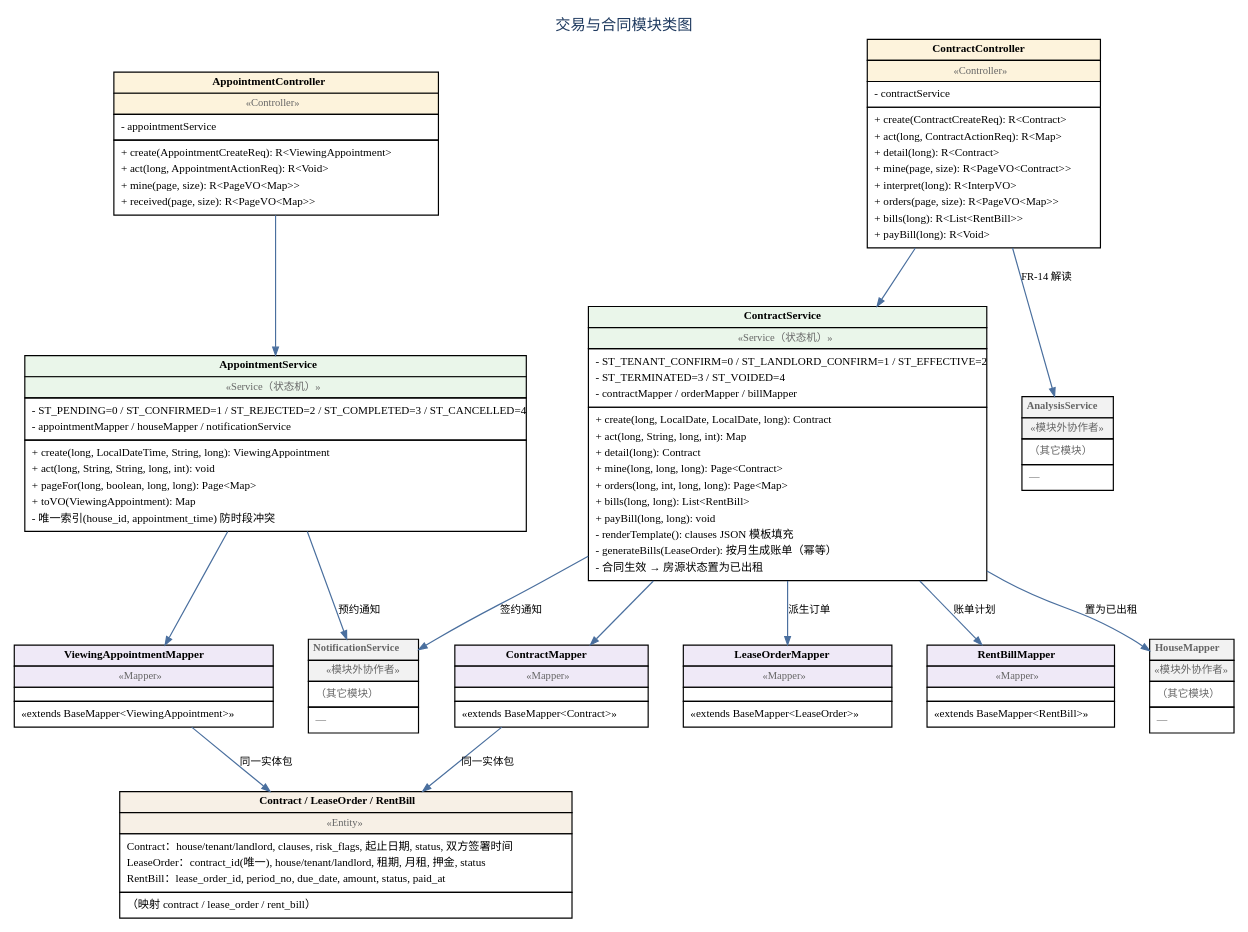
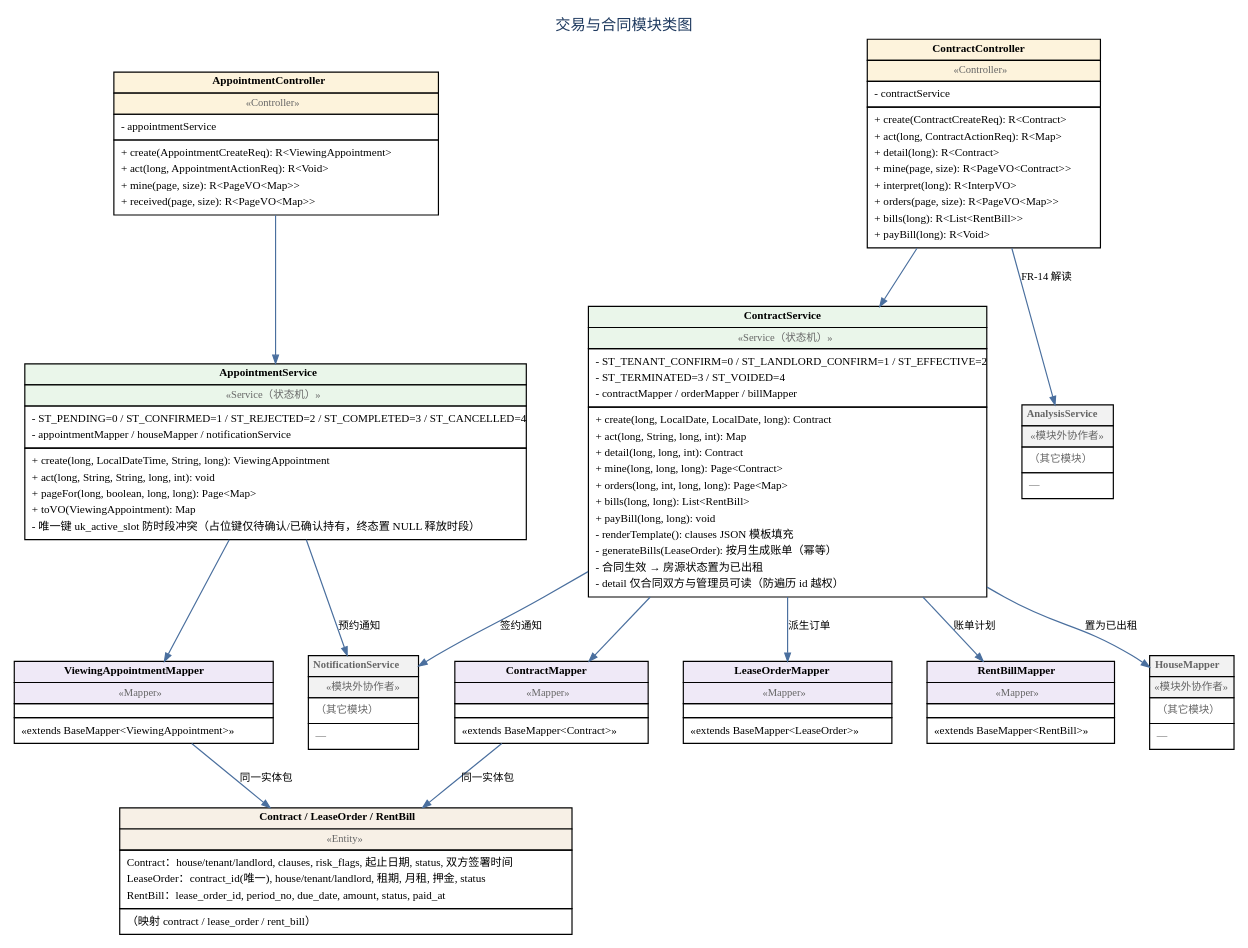
Before and after one commit to chuanshanjia666/RentAgent: the diagram in doc/03.概要设计/assets/figures/fig_3_1_cls_trade.dot, drawn with Graphviz. The commit also changed 16 other files, not shown here.

```diff
--- a/doc/03.概要设计/assets/figures/fig_3_1_cls_trade.dot
+++ b/doc/03.概要设计/assets/figures/fig_3_1_cls_trade.dot
@@ -1,32 +1,32 @@
 digraph cls_trade {
   rankdir=TB; nodesep=0.42; ranksep=0.55; splines=spline;
   graph [fontname="Microsoft YaHei", bgcolor="white", margin=0.15, labelloc="t",
          label="交易与合同模块类图", fontsize=13, fontcolor="#1f3a5f"];
   node  [fontname="Microsoft YaHei", fontsize=9.5, shape=plaintext, margin=0];
   edge  [fontname="Microsoft YaHei", fontsize=9, color="#4a6f9e", penwidth=1.0,
          arrowsize=0.7, style=solid];
   n0 [shape=plaintext, label=<<TABLE BORDER="0" CELLBORDER="1" CELLSPACING="0" CELLPADDING="3"><TR><TD BGCOLOR="#fdf3dc"><B>AppointmentController</B></TD></TR><TR><TD BGCOLOR="#fdf3dc"><FONT POINT-SIZE="9" COLOR="#666666">&#171;Controller&#187;</FONT></TD></TR><TR><TD ALIGN="LEFT" BALIGN="LEFT"><TABLE BORDER="0" CELLBORDER="0" CELLSPACING="0"><TR><TD ALIGN="LEFT" BALIGN="LEFT">- appointmentService</TD></TR></TABLE></TD></TR><TR><TD ALIGN="LEFT" BALIGN="LEFT"><TABLE BORDER="0" CELLBORDER="0" CELLSPACING="0"><TR><TD ALIGN="LEFT" BALIGN="LEFT">+ create(AppointmentCreateReq): R&lt;ViewingAppointment&gt;</TD></TR><TR><TD ALIGN="LEFT" BALIGN="LEFT">+ act(long, AppointmentActionReq): R&lt;Void&gt;</TD></TR><TR><TD ALIGN="LEFT" BALIGN="LEFT">+ mine(page, size): R&lt;PageVO&lt;Map&gt;&gt;</TD></TR><TR><TD ALIGN="LEFT" BALIGN="LEFT">+ received(page, size): R&lt;PageVO&lt;Map&gt;&gt;</TD></TR></TABLE></TD></TR></TABLE>>];
   n1 [shape=plaintext, label=<<TABLE BORDER="0" CELLBORDER="1" CELLSPACING="0" CELLPADDING="3"><TR><TD BGCOLOR="#fdf3dc"><B>ContractController</B></TD></TR><TR><TD BGCOLOR="#fdf3dc"><FONT POINT-SIZE="9" COLOR="#666666">&#171;Controller&#187;</FONT></TD></TR><TR><TD ALIGN="LEFT" BALIGN="LEFT"><TABLE BORDER="0" CELLBORDER="0" CELLSPACING="0"><TR><TD ALIGN="LEFT" BALIGN="LEFT">- contractService</TD></TR></TABLE></TD></TR><TR><TD ALIGN="LEFT" BALIGN="LEFT"><TABLE BORDER="0" CELLBORDER="0" CELLSPACING="0"><TR><TD ALIGN="LEFT" BALIGN="LEFT">+ create(ContractCreateReq): R&lt;Contract&gt;</TD></TR><TR><TD ALIGN="LEFT" BALIGN="LEFT">+ act(long, ContractActionReq): R&lt;Map&gt;</TD></TR><TR><TD ALIGN="LEFT" BALIGN="LEFT">+ detail(long): R&lt;Contract&gt;</TD></TR><TR><TD ALIGN="LEFT" BALIGN="LEFT">+ mine(page, size): R&lt;PageVO&lt;Contract&gt;&gt;</TD></TR><TR><TD ALIGN="LEFT" BALIGN="LEFT">+ interpret(long): R&lt;InterpVO&gt;</TD></TR><TR><TD ALIGN="LEFT" BALIGN="LEFT">+ orders(page, size): R&lt;PageVO&lt;Map&gt;&gt;</TD></TR><TR><TD ALIGN="LEFT" BALIGN="LEFT">+ bills(long): R&lt;List&lt;RentBill&gt;&gt;</TD></TR><TR><TD ALIGN="LEFT" BALIGN="LEFT">+ payBill(long): R&lt;Void&gt;</TD></TR></TABLE></TD></TR></TABLE>>];
-  n2 [shape=plaintext, label=<<TABLE BORDER="0" CELLBORDER="1" CELLSPACING="0" CELLPADDING="3"><TR><TD BGCOLOR="#eaf6ea"><B>AppointmentService</B></TD></TR><TR><TD BGCOLOR="#eaf6ea"><FONT POINT-SIZE="9" COLOR="#666666">&#171;Service（状态机）&#187;</FONT></TD></TR><TR><TD ALIGN="LEFT" BALIGN="LEFT"><TABLE BORDER="0" CELLBORDER="0" CELLSPACING="0"><TR><TD ALIGN="LEFT" BALIGN="LEFT">- ST_PENDING=0 / ST_CONFIRMED=1 / ST_REJECTED=2 / ST_COMPLETED=3 / ST_CANCELLED=4</TD></TR><TR><TD ALIGN="LEFT" BALIGN="LEFT">- appointmentMapper / houseMapper / notificationService</TD></TR></TABLE></TD></TR><TR><TD ALIGN="LEFT" BALIGN="LEFT"><TABLE BORDER="0" CELLBORDER="0" CELLSPACING="0"><TR><TD ALIGN="LEFT" BALIGN="LEFT">+ create(long, LocalDateTime, String, long): ViewingAppointment</TD></TR><TR><TD ALIGN="LEFT" BALIGN="LEFT">+ act(long, String, String, long, int): void</TD></TR><TR><TD ALIGN="LEFT" BALIGN="LEFT">+ pageFor(long, boolean, long, long): Page&lt;Map&gt;</TD></TR><TR><TD ALIGN="LEFT" BALIGN="LEFT">+ toVO(ViewingAppointment): Map</TD></TR><TR><TD ALIGN="LEFT" BALIGN="LEFT">- 唯一索引(house_id, appointment_time) 防时段冲突</TD></TR></TABLE></TD></TR></TABLE>>];
-  n3 [shape=plaintext, label=<<TABLE BORDER="0" CELLBORDER="1" CELLSPACING="0" CELLPADDING="3"><TR><TD BGCOLOR="#eaf6ea"><B>ContractService</B></TD></TR><TR><TD BGCOLOR="#eaf6ea"><FONT POINT-SIZE="9" COLOR="#666666">&#171;Service（状态机）&#187;</FONT></TD></TR><TR><TD ALIGN="LEFT" BALIGN="LEFT"><TABLE BORDER="0" CELLBORDER="0" CELLSPACING="0"><TR><TD ALIGN="LEFT" BALIGN="LEFT">- ST_TENANT_CONFIRM=0 / ST_LANDLORD_CONFIRM=1 / ST_EFFECTIVE=2</TD></TR><TR><TD ALIGN="LEFT" BALIGN="LEFT">- ST_TERMINATED=3 / ST_VOIDED=4</TD></TR><TR><TD ALIGN="LEFT" BALIGN="LEFT">- contractMapper / orderMapper / billMapper</TD></TR></TABLE></TD></TR><TR><TD ALIGN="LEFT" BALIGN="LEFT"><TABLE BORDER="0" CELLBORDER="0" CELLSPACING="0"><TR><TD ALIGN="LEFT" BALIGN="LEFT">+ create(long, LocalDate, LocalDate, long): Contract</TD></TR><TR><TD ALIGN="LEFT" BALIGN="LEFT">+ act(long, String, long, int): Map</TD></TR><TR><TD ALIGN="LEFT" BALIGN="LEFT">+ detail(long): Contract</TD></TR><TR><TD ALIGN="LEFT" BALIGN="LEFT">+ mine(long, long, long): Page&lt;Contract&gt;</TD></TR><TR><TD ALIGN="LEFT" BALIGN="LEFT">+ orders(long, int, long, long): Page&lt;Map&gt;</TD></TR><TR><TD ALIGN="LEFT" BALIGN="LEFT">+ bills(long, long): List&lt;RentBill&gt;</TD></TR><TR><TD ALIGN="LEFT" BALIGN="LEFT">+ payBill(long, long): void</TD></TR><TR><TD ALIGN="LEFT" BALIGN="LEFT">- renderTemplate(): clauses JSON 模板填充</TD></TR><TR><TD ALIGN="LEFT" BALIGN="LEFT">- generateBills(LeaseOrder): 按月生成账单（幂等）</TD></TR><TR><TD ALIGN="LEFT" BALIGN="LEFT">- 合同生效 → 房源状态置为已出租</TD></TR></TABLE></TD></TR></TABLE>>];
+  n2 [shape=plaintext, label=<<TABLE BORDER="0" CELLBORDER="1" CELLSPACING="0" CELLPADDING="3"><TR><TD BGCOLOR="#eaf6ea"><B>AppointmentService</B></TD></TR><TR><TD BGCOLOR="#eaf6ea"><FONT POINT-SIZE="9" COLOR="#666666">&#171;Service（状态机）&#187;</FONT></TD></TR><TR><TD ALIGN="LEFT" BALIGN="LEFT"><TABLE BORDER="0" CELLBORDER="0" CELLSPACING="0"><TR><TD ALIGN="LEFT" BALIGN="LEFT">- ST_PENDING=0 / ST_CONFIRMED=1 / ST_REJECTED=2 / ST_COMPLETED=3 / ST_CANCELLED=4</TD></TR><TR><TD ALIGN="LEFT" BALIGN="LEFT">- appointmentMapper / houseMapper / notificationService</TD></TR></TABLE></TD></TR><TR><TD ALIGN="LEFT" BALIGN="LEFT"><TABLE BORDER="0" CELLBORDER="0" CELLSPACING="0"><TR><TD ALIGN="LEFT" BALIGN="LEFT">+ create(long, LocalDateTime, String, long): ViewingAppointment</TD></TR><TR><TD ALIGN="LEFT" BALIGN="LEFT">+ act(long, String, String, long, int): void</TD></TR><TR><TD ALIGN="LEFT" BALIGN="LEFT">+ pageFor(long, boolean, long, long): Page&lt;Map&gt;</TD></TR><TR><TD ALIGN="LEFT" BALIGN="LEFT">+ toVO(ViewingAppointment): Map</TD></TR><TR><TD ALIGN="LEFT" BALIGN="LEFT">- 唯一键 uk_active_slot 防时段冲突（占位键仅待确认/已确认持有，终态置 NULL 释放时段）</TD></TR></TABLE></TD></TR></TABLE>>];
+  n3 [shape=plaintext, label=<<TABLE BORDER="0" CELLBORDER="1" CELLSPACING="0" CELLPADDING="3"><TR><TD BGCOLOR="#eaf6ea"><B>ContractService</B></TD></TR><TR><TD BGCOLOR="#eaf6ea"><FONT POINT-SIZE="9" COLOR="#666666">&#171;Service（状态机）&#187;</FONT></TD></TR><TR><TD ALIGN="LEFT" BALIGN="LEFT"><TABLE BORDER="0" CELLBORDER="0" CELLSPACING="0"><TR><TD ALIGN="LEFT" BALIGN="LEFT">- ST_TENANT_CONFIRM=0 / ST_LANDLORD_CONFIRM=1 / ST_EFFECTIVE=2</TD></TR><TR><TD ALIGN="LEFT" BALIGN="LEFT">- ST_TERMINATED=3 / ST_VOIDED=4</TD></TR><TR><TD ALIGN="LEFT" BALIGN="LEFT">- contractMapper / orderMapper / billMapper</TD></TR></TABLE></TD></TR><TR><TD ALIGN="LEFT" BALIGN="LEFT"><TABLE BORDER="0" CELLBORDER="0" CELLSPACING="0"><TR><TD ALIGN="LEFT" BALIGN="LEFT">+ create(long, LocalDate, LocalDate, long): Contract</TD></TR><TR><TD ALIGN="LEFT" BALIGN="LEFT">+ act(long, String, long, int): Map</TD></TR><TR><TD ALIGN="LEFT" BALIGN="LEFT">+ detail(long, long, int): Contract</TD></TR><TR><TD ALIGN="LEFT" BALIGN="LEFT">+ mine(long, long, long): Page&lt;Contract&gt;</TD></TR><TR><TD ALIGN="LEFT" BALIGN="LEFT">+ orders(long, int, long, long): Page&lt;Map&gt;</TD></TR><TR><TD ALIGN="LEFT" BALIGN="LEFT">+ bills(long, long): List&lt;RentBill&gt;</TD></TR><TR><TD ALIGN="LEFT" BALIGN="LEFT">+ payBill(long, long): void</TD></TR><TR><TD ALIGN="LEFT" BALIGN="LEFT">- renderTemplate(): clauses JSON 模板填充</TD></TR><TR><TD ALIGN="LEFT" BALIGN="LEFT">- generateBills(LeaseOrder): 按月生成账单（幂等）</TD></TR><TR><TD ALIGN="LEFT" BALIGN="LEFT">- 合同生效 → 房源状态置为已出租</TD></TR><TR><TD ALIGN="LEFT" BALIGN="LEFT">- detail 仅合同双方与管理员可读（防遍历 id 越权）</TD></TR></TABLE></TD></TR></TABLE>>];
   n4 [shape=plaintext, label=<<TABLE BORDER="0" CELLBORDER="1" CELLSPACING="0" CELLPADDING="3"><TR><TD BGCOLOR="#efe9f7"><B>ViewingAppointmentMapper</B></TD></TR><TR><TD BGCOLOR="#efe9f7"><FONT POINT-SIZE="9" COLOR="#666666">&#171;Mapper&#187;</FONT></TD></TR><TR><TD ALIGN="LEFT" BALIGN="LEFT"><TABLE BORDER="0" CELLBORDER="0" CELLSPACING="0"><TR><TD ALIGN="LEFT" BALIGN="LEFT"></TD></TR></TABLE></TD></TR><TR><TD ALIGN="LEFT" BALIGN="LEFT"><TABLE BORDER="0" CELLBORDER="0" CELLSPACING="0"><TR><TD ALIGN="LEFT" BALIGN="LEFT">&#171;extends BaseMapper&lt;ViewingAppointment&gt;&#187;</TD></TR></TABLE></TD></TR></TABLE>>];
   n5 [shape=plaintext, label=<<TABLE BORDER="0" CELLBORDER="1" CELLSPACING="0" CELLPADDING="3"><TR><TD BGCOLOR="#efe9f7"><B>ContractMapper</B></TD></TR><TR><TD BGCOLOR="#efe9f7"><FONT POINT-SIZE="9" COLOR="#666666">&#171;Mapper&#187;</FONT></TD></TR><TR><TD ALIGN="LEFT" BALIGN="LEFT"><TABLE BORDER="0" CELLBORDER="0" CELLSPACING="0"><TR><TD ALIGN="LEFT" BALIGN="LEFT"></TD></TR></TABLE></TD></TR><TR><TD ALIGN="LEFT" BALIGN="LEFT"><TABLE BORDER="0" CELLBORDER="0" CELLSPACING="0"><TR><TD ALIGN="LEFT" BALIGN="LEFT">&#171;extends BaseMapper&lt;Contract&gt;&#187;</TD></TR></TABLE></TD></TR></TABLE>>];
   n6 [shape=plaintext, label=<<TABLE BORDER="0" CELLBORDER="1" CELLSPACING="0" CELLPADDING="3"><TR><TD BGCOLOR="#efe9f7"><B>LeaseOrderMapper</B></TD></TR><TR><TD BGCOLOR="#efe9f7"><FONT POINT-SIZE="9" COLOR="#666666">&#171;Mapper&#187;</FONT></TD></TR><TR><TD ALIGN="LEFT" BALIGN="LEFT"><TABLE BORDER="0" CELLBORDER="0" CELLSPACING="0"><TR><TD ALIGN="LEFT" BALIGN="LEFT"></TD></TR></TABLE></TD></TR><TR><TD ALIGN="LEFT" BALIGN="LEFT"><TABLE BORDER="0" CELLBORDER="0" CELLSPACING="0"><TR><TD ALIGN="LEFT" BALIGN="LEFT">&#171;extends BaseMapper&lt;LeaseOrder&gt;&#187;</TD></TR></TABLE></TD></TR></TABLE>>];
   n7 [shape=plaintext, label=<<TABLE BORDER="0" CELLBORDER="1" CELLSPACING="0" CELLPADDING="3"><TR><TD BGCOLOR="#efe9f7"><B>RentBillMapper</B></TD></TR><TR><TD BGCOLOR="#efe9f7"><FONT POINT-SIZE="9" COLOR="#666666">&#171;Mapper&#187;</FONT></TD></TR><TR><TD ALIGN="LEFT" BALIGN="LEFT"><TABLE BORDER="0" CELLBORDER="0" CELLSPACING="0"><TR><TD ALIGN="LEFT" BALIGN="LEFT"></TD></TR></TABLE></TD></TR><TR><TD ALIGN="LEFT" BALIGN="LEFT"><TABLE BORDER="0" CELLBORDER="0" CELLSPACING="0"><TR><TD ALIGN="LEFT" BALIGN="LEFT">&#171;extends BaseMapper&lt;RentBill&gt;&#187;</TD></TR></TABLE></TD></TR></TABLE>>];
   n8 [shape=plaintext, label=<<TABLE BORDER="0" CELLBORDER="1" CELLSPACING="0" CELLPADDING="3"><TR><TD BGCOLOR="#f7f0e6"><B>Contract / LeaseOrder / RentBill</B></TD></TR><TR><TD BGCOLOR="#f7f0e6"><FONT POINT-SIZE="9" COLOR="#666666">&#171;Entity&#187;</FONT></TD></TR><TR><TD ALIGN="LEFT" BALIGN="LEFT"><TABLE BORDER="0" CELLBORDER="0" CELLSPACING="0"><TR><TD ALIGN="LEFT" BALIGN="LEFT">Contract：house/tenant/landlord, clauses, risk_flags, 起止日期, status, 双方签署时间</TD></TR><TR><TD ALIGN="LEFT" BALIGN="LEFT">LeaseOrder：contract_id(唯一), house/tenant/landlord, 租期, 月租, 押金, status</TD></TR><TR><TD ALIGN="LEFT" BALIGN="LEFT">RentBill：lease_order_id, period_no, due_date, amount, status, paid_at</TD></TR></TABLE></TD></TR><TR><TD ALIGN="LEFT" BALIGN="LEFT"><TABLE BORDER="0" CELLBORDER="0" CELLSPACING="0"><TR><TD ALIGN="LEFT" BALIGN="LEFT">（映射 contract / lease_order / rent_bill）</TD></TR></TABLE></TD></TR></TABLE>>];
   x9 [shape=plaintext, fontsize=9, fontcolor="#666666", label=<<TABLE BORDER="0" CELLBORDER="1" CELLSPACING="0" CELLPADDING="3"><TR><TD BGCOLOR="#f2f2f2"><B>AnalysisService</B></TD></TR><TR><TD BGCOLOR="#f2f2f2"><FONT POINT-SIZE="9" COLOR="#666666">&#171;模块外协作者&#187;</FONT></TD></TR><TR><TD ALIGN="LEFT" BALIGN="LEFT"><TABLE BORDER="0" CELLBORDER="0" CELLSPACING="0"><TR><TD ALIGN="LEFT" BALIGN="LEFT">（其它模块）</TD></TR></TABLE></TD></TR><TR><TD ALIGN="LEFT" BALIGN="LEFT"><TABLE BORDER="0" CELLBORDER="0" CELLSPACING="0"><TR><TD ALIGN="LEFT" BALIGN="LEFT">—</TD></TR></TABLE></TD></TR></TABLE>>];
   x10 [shape=plaintext, fontsize=9, fontcolor="#666666", label=<<TABLE BORDER="0" CELLBORDER="1" CELLSPACING="0" CELLPADDING="3"><TR><TD BGCOLOR="#f2f2f2"><B>NotificationService</B></TD></TR><TR><TD BGCOLOR="#f2f2f2"><FONT POINT-SIZE="9" COLOR="#666666">&#171;模块外协作者&#187;</FONT></TD></TR><TR><TD ALIGN="LEFT" BALIGN="LEFT"><TABLE BORDER="0" CELLBORDER="0" CELLSPACING="0"><TR><TD ALIGN="LEFT" BALIGN="LEFT">（其它模块）</TD></TR></TABLE></TD></TR><TR><TD ALIGN="LEFT" BALIGN="LEFT"><TABLE BORDER="0" CELLBORDER="0" CELLSPACING="0"><TR><TD ALIGN="LEFT" BALIGN="LEFT">—</TD></TR></TABLE></TD></TR></TABLE>>];
   x11 [shape=plaintext, fontsize=9, fontcolor="#666666", label=<<TABLE BORDER="0" CELLBORDER="1" CELLSPACING="0" CELLPADDING="3"><TR><TD BGCOLOR="#f2f2f2"><B>HouseMapper</B></TD></TR><TR><TD BGCOLOR="#f2f2f2"><FONT POINT-SIZE="9" COLOR="#666666">&#171;模块外协作者&#187;</FONT></TD></TR><TR><TD ALIGN="LEFT" BALIGN="LEFT"><TABLE BORDER="0" CELLBORDER="0" CELLSPACING="0"><TR><TD ALIGN="LEFT" BALIGN="LEFT">（其它模块）</TD></TR></TABLE></TD></TR><TR><TD ALIGN="LEFT" BALIGN="LEFT"><TABLE BORDER="0" CELLBORDER="0" CELLSPACING="0"><TR><TD ALIGN="LEFT" BALIGN="LEFT">—</TD></TR></TABLE></TD></TR></TABLE>>];
   n0 -> n2;
   n1 -> n3;
   n1 -> x9 [label="FR-14 解读"];
   n2 -> n4;
   n2 -> x10 [label="预约通知"];
   n3 -> n5;
   n3 -> n6 [label="派生订单"];
   n3 -> n7 [label="账单计划"];
   n3 -> x10 [label="签约通知"];
   n3 -> x11 [label="置为已出租"];
   n4 -> n8 [label="同一实体包"];
   n5 -> n8 [label="同一实体包"];
 }
```
